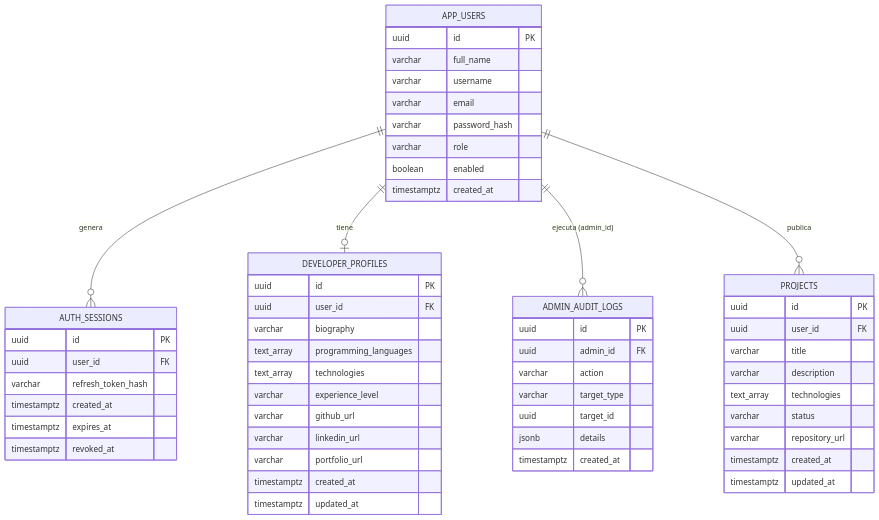
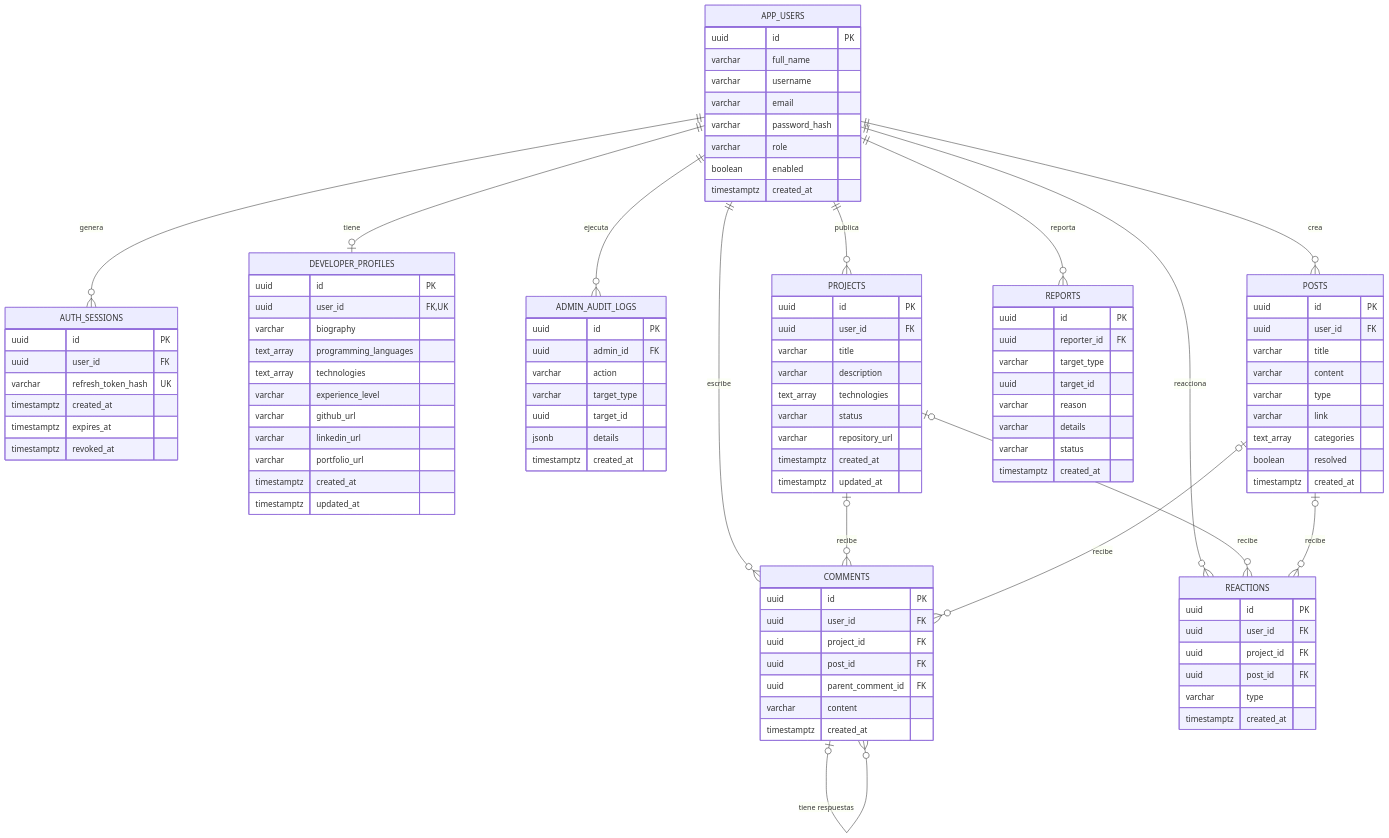
One commit to dipper-ing/EAV02-Bases-De-Datos changed the diagram in README.md. Above: the diagram before and after it, drawn with Mermaid. The commit also changed other lines of this file and 5 other files, not shown here.

````diff
--- a/README.md
+++ b/README.md
@@ -63,8 +82,18 @@
 erDiagram
     APP_USERS ||--o{ AUTH_SESSIONS : "genera"
     APP_USERS ||--o| DEVELOPER_PROFILES : "tiene"
-    APP_USERS ||--o{ ADMIN_AUDIT_LOGS : "ejecuta (admin_id)"
+    APP_USERS ||--o{ ADMIN_AUDIT_LOGS : "ejecuta"
     APP_USERS ||--o{ PROJECTS : "publica"
+    APP_USERS ||--o{ POSTS : "crea"
+    APP_USERS ||--o{ COMMENTS : "escribe"
+    APP_USERS ||--o{ REACTIONS : "reacciona"
+    APP_USERS ||--o{ REPORTS : "reporta"
+
+    PROJECTS o|--o{ COMMENTS : "recibe"
+    POSTS o|--o{ COMMENTS : "recibe"
+    PROJECTS o|--o{ REACTIONS : "recibe"
+    POSTS o|--o{ REACTIONS : "recibe"
+    COMMENTS o|--o{ COMMENTS : "tiene respuestas"
 
     APP_USERS {
         uuid id PK
@@ -80,7 +109,7 @@
     AUTH_SESSIONS {
         uuid id PK
         uuid user_id FK
-        varchar refresh_token_hash
+        varchar refresh_token_hash UK
         timestamptz created_at
         timestamptz expires_at
         timestamptz revoked_at
@@ -88,7 +117,7 @@
 
     DEVELOPER_PROFILES {
         uuid id PK
-        uuid user_id FK
+        uuid user_id FK,UK
         varchar biography
         text_array programming_languages
         text_array technologies
@@ -121,4 +150,46 @@
         timestamptz created_at
         timestamptz updated_at
     }
+
+    POSTS {
+        uuid id PK
+        uuid user_id FK
+        varchar title
+        varchar content
+        varchar type
+        varchar link
+        text_array categories
+        boolean resolved
+        timestamptz created_at
+    }
+
+    COMMENTS {
+        uuid id PK
+        uuid user_id FK
+        uuid project_id FK
+        uuid post_id FK
+        uuid parent_comment_id FK
+        varchar content
+        timestamptz created_at
+    }
+
+    REACTIONS {
+        uuid id PK
+        uuid user_id FK
+        uuid project_id FK
+        uuid post_id FK
+        varchar type
+        timestamptz created_at
+    }
+
+    REPORTS {
+        uuid id PK
+        uuid reporter_id FK
+        varchar target_type
+        uuid target_id
+        varchar reason
+        varchar details
+        varchar status
+        timestamptz created_at
+    }
 ```
````
